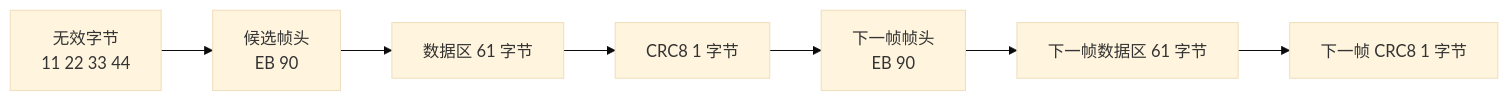
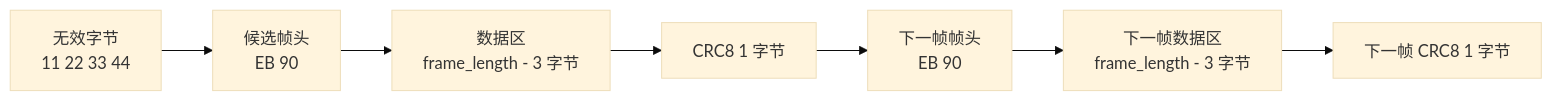
One commit to ecuster21/MissionComputerTeach changed the diagram in docs/frame_sync/05_字节流示例.md. Above: the diagram before and after it, drawn with Mermaid (base theme). The commit also changed other lines of this file and 20 other files, not shown here.

````diff
--- a/docs/frame_sync/05_字节流示例.md
+++ b/docs/frame_sync/05_字节流示例.md
@@ -5,9 +5,9 @@
 ```mermaid
 flowchart LR
     A[无效字节<br/>11 22 33 44] --> B[候选帧头<br/>EB 90]
-    B --> C[数据区 61 字节]
+    B --> C[数据区<br/>frame_length - 3 字节]
     C --> D[CRC8 1 字节]
     D --> E[下一帧帧头<br/>EB 90]
-    E --> F[下一帧数据区 61 字节]
+    E --> F[下一帧数据区<br/>frame_length - 3 字节]
     F --> G[下一帧 CRC8 1 字节]
 ```
````
